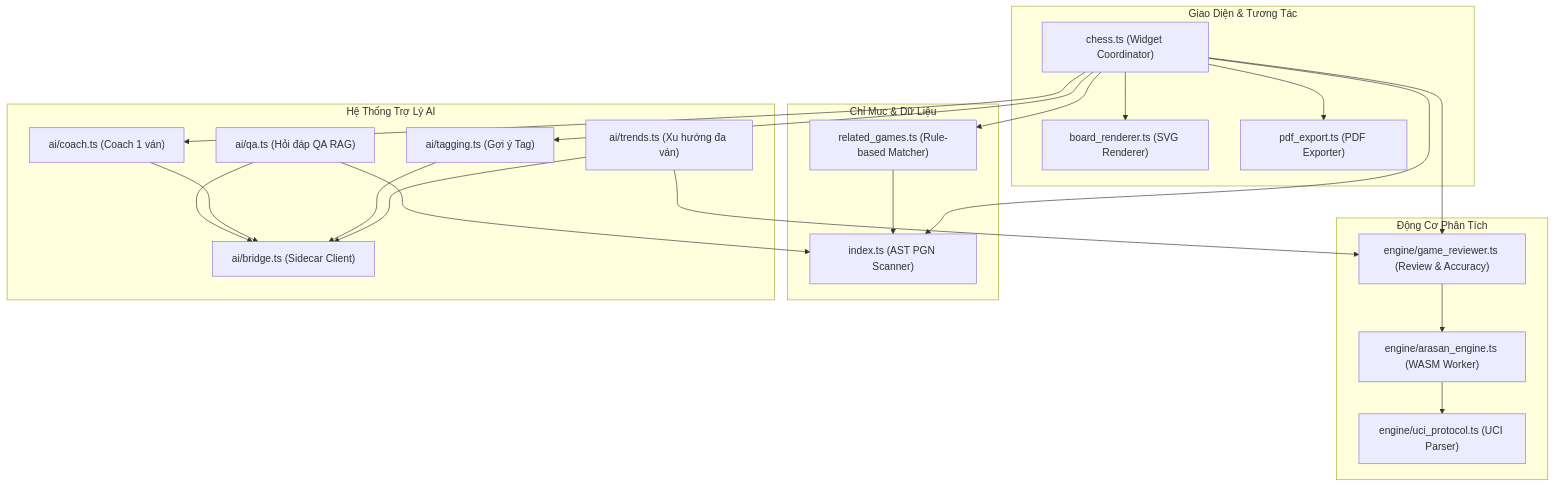
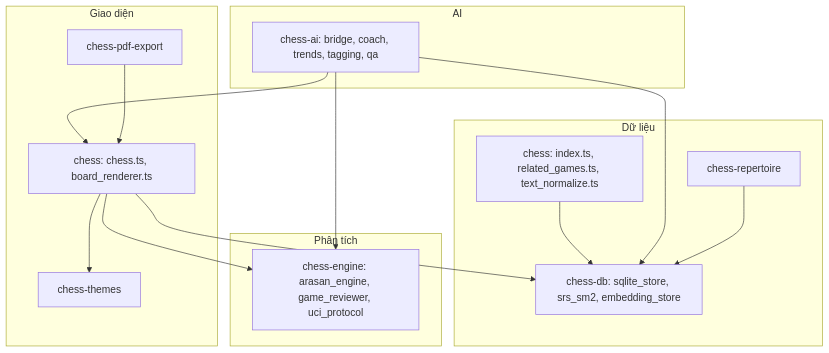
The diagram in docs/CHESS_MODULES.md (covuaduongsinh/chessnote), drawn with Mermaid before and after one commit. The commit also changed other lines of this file and 22 other files, not shown here.

````diff
--- a/docs/CHESS_MODULES.md
+++ b/docs/CHESS_MODULES.md
@@ -9,46 +11,28 @@
 ```mermaid
 graph TD
-    subgraph UI_Widget["Giao Diện & Tương Tác"]
-        ChessPlug["chess.ts (Widget Coordinator)"]
-        BoardRenderer["board_renderer.ts (SVG Renderer)"]
-        PDFExport["pdf_export.ts (PDF Exporter)"]
+    subgraph UI["Giao diện"]
+        Core["chess: chess.ts, board_renderer.ts"]
+        Themes["chess-themes"]
+        Pdf["chess-pdf-export"]
     end
-
-    subgraph Engine_Core["Động Cơ Phân Tích"]
-        ArasanEngine["engine/arasan_engine.ts (WASM Worker)"]
-        UCIProtocol["engine/uci_protocol.ts (UCI Parser)"]
-        GameReviewer["engine/game_reviewer.ts (Review & Accuracy)"]
+    subgraph Analysis["Phân tích"]
+        Engine["chess-engine: arasan_engine, game_reviewer, uci_protocol"]
     end
-
-    subgraph Index_Data["Chỉ Mục & Dữ Liệu"]
-        Indexer["index.ts (AST PGN Scanner)"]
-        RelatedGames["related_games.ts (Rule-based Matcher)"]
+    subgraph Data["Dữ liệu"]
+        Idx["chess: index.ts, related_games.ts, text_normalize.ts"]
+        DB["chess-db: sqlite_store, srs_sm2, embedding_store"]
+        Rep["chess-repertoire"]
     end
-
-    subgraph AI_Systems["Hệ Thống Trợ Lý AI"]
-        AIBridge["ai/bridge.ts (Sidecar Client)"]
-        AICoach["ai/coach.ts (Coach 1 ván)"]
-        AITrends["ai/trends.ts (Xu hướng đa ván)"]
-        AITagging["ai/tagging.ts (Gợi ý Tag)"]
-        AIQA["ai/qa.ts (Hỏi đáp QA RAG)"]
+    subgraph AI["AI"]
+        AIp["chess-ai: bridge, coach, trends, tagging, qa"]
     end
-
-    ChessPlug --> BoardRenderer
-    ChessPlug --> GameReviewer
-    ChessPlug --> Indexer
-    ChessPlug --> PDFExport
-    ChessPlug --> RelatedGames
-    ChessPlug --> AICoach
-    ChessPlug --> AITagging
-    
-    GameReviewer --> ArasanEngine
-    ArasanEngine --> UCIProtocol
-    
-    AITrends --> GameReviewer
-    AITrends --> AIBridge
-    AITagging --> AIBridge
-    AICoach --> AIBridge
-    AIQA --> AIBridge
-    AIQA --> Indexer
-    RelatedGames --> Indexer
+    Core --> Themes
+    Core --> Engine
+    Core --> DB
+    Pdf --> Core
+    Rep --> DB
+    AIp --> Engine
+    AIp --> DB
+    AIp --> Core
+    Idx --> DB
 ```
````
